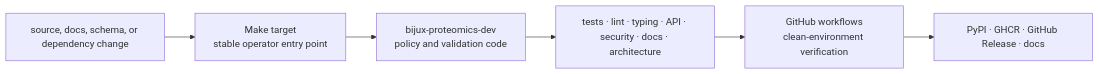
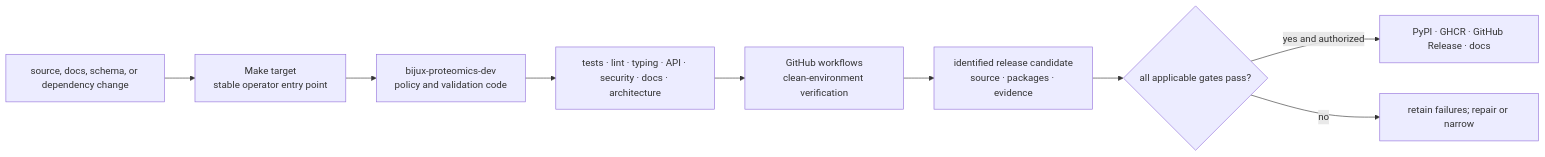
One commit to bijux/bijux-proteomics changed the first of 4 diagrams in docs/08-bijux-proteomics-maintain/index.md. Above: the diagram before and after it, drawn with Mermaid. The commit also changed other lines of this file, not shown here.

Commit message:
docs(maintenance): bind release decisions to retained gate evidence

````diff
--- a/docs/08-bijux-proteomics-maintain/index.md
+++ b/docs/08-bijux-proteomics-maintain/index.md
@@ -19,10 +19,15 @@
 ```mermaid
 flowchart LR
     change["source, docs, schema, or dependency change"]
     make["Make target\nstable operator entry point"]
     dev["bijux-proteomics-dev\npolicy and validation code"]
     checks["tests · lint · typing · API · security · docs · architecture"]
     ci["GitHub workflows\nclean-environment verification"]
+    candidate["identified release candidate\nsource · packages · evidence"]
+    decision{"all applicable gates pass?"}
     release["PyPI · GHCR · GitHub Release · docs"]
-    change --> make --> dev --> checks --> ci --> release
+    blocked["retain failures; repair or narrow"]
+    change --> make --> dev --> checks --> ci --> candidate --> decision
+    decision -->|yes and authorized| release
+    decision -->|no| blocked
 ```
````
